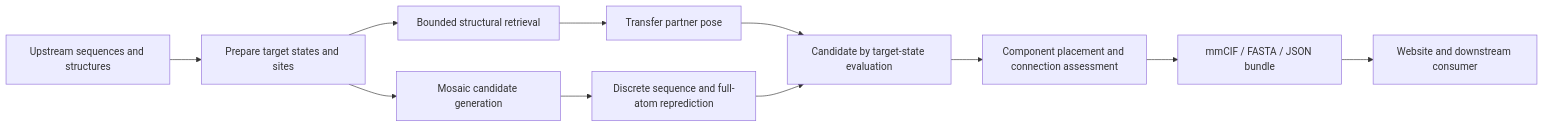
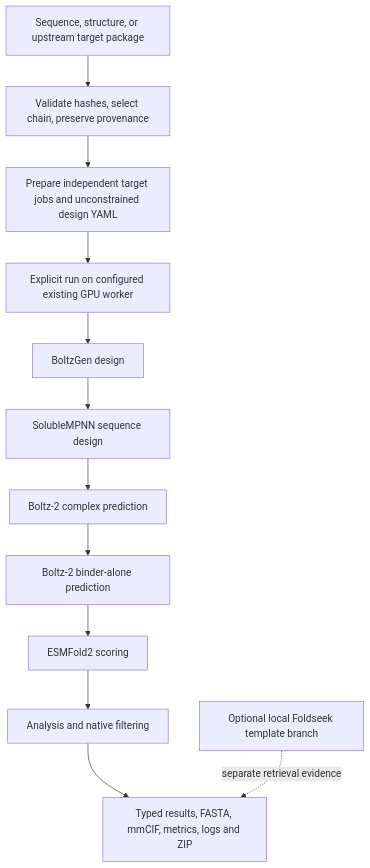
Before and after one commit to bmwoolf/bespoke-bio: the diagram in docs/INTEGRATION.md, drawn with Mermaid. The commit also changed other lines of this file and 16 other files, not shown here.

````diff
--- a/docs/INTEGRATION.md
+++ b/docs/INTEGRATION.md
@@ -7,13 +8,14 @@
 ```mermaid
-flowchart LR
-  U[Upstream sequences and structures] --> P[Prepare target states and sites]
-  P --> R[Bounded structural retrieval]
-  P --> M[Mosaic candidate generation]
-  R --> T[Transfer partner pose]
-  M --> F[Discrete sequence and full-atom reprediction]
-  T --> E[Candidate by target-state evaluation]
-  F --> E
-  E --> A[Component placement and connection assessment]
-  A --> X[mmCIF / FASTA / JSON bundle]
-  X --> W[Website and downstream consumer]
+flowchart TD
+  U[Sequence, structure, or upstream target package] --> V[Validate hashes, select chain, preserve provenance]
+  V --> J[Prepare independent target jobs and unconstrained design YAML]
+  J --> R[Explicit run on configured existing GPU worker]
+  R --> D[BoltzGen design]
+  D --> M[SolubleMPNN sequence design]
+  M --> C[Boltz-2 complex prediction]
+  C --> B[Boltz-2 binder-alone prediction]
+  B --> E[ESMFold2 scoring]
+  E --> A[Analysis and native filtering]
+  A --> X[Typed results, FASTA, mmCIF, metrics, logs and ZIP]
+  F[Optional local Foldseek template branch] -. separate retrieval evidence .-> X
 ```
````
